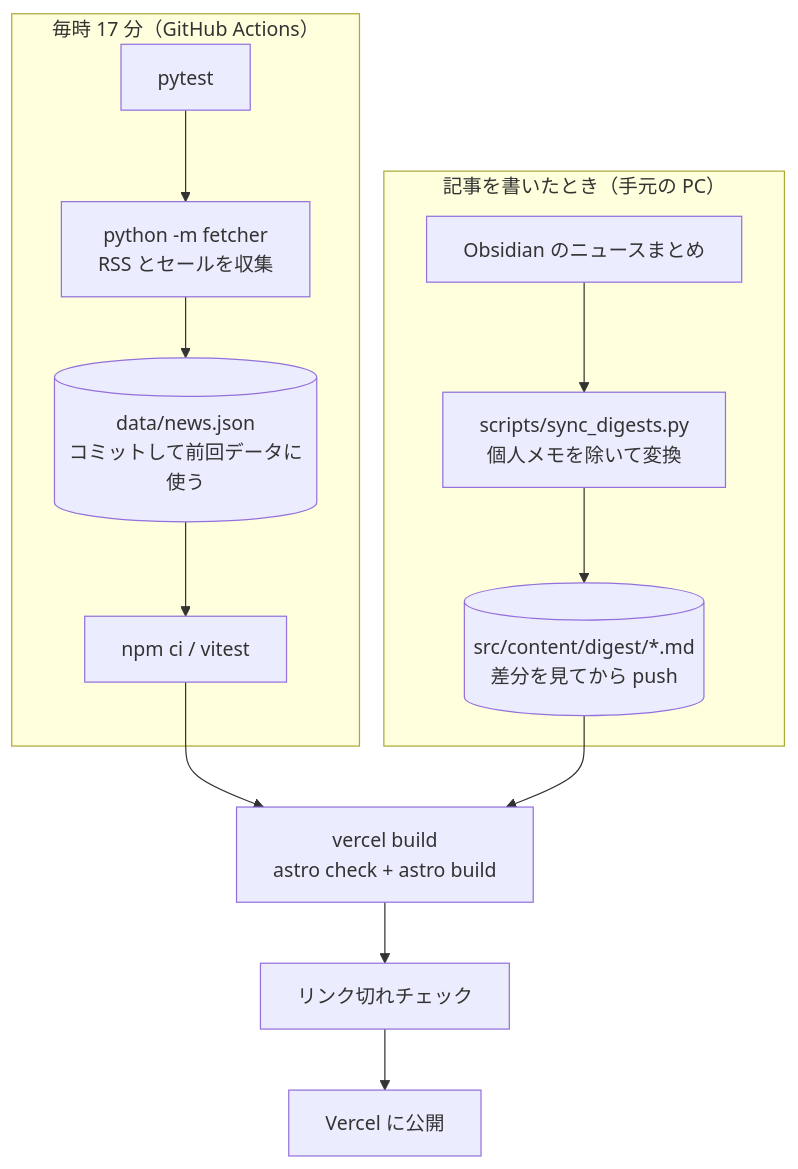
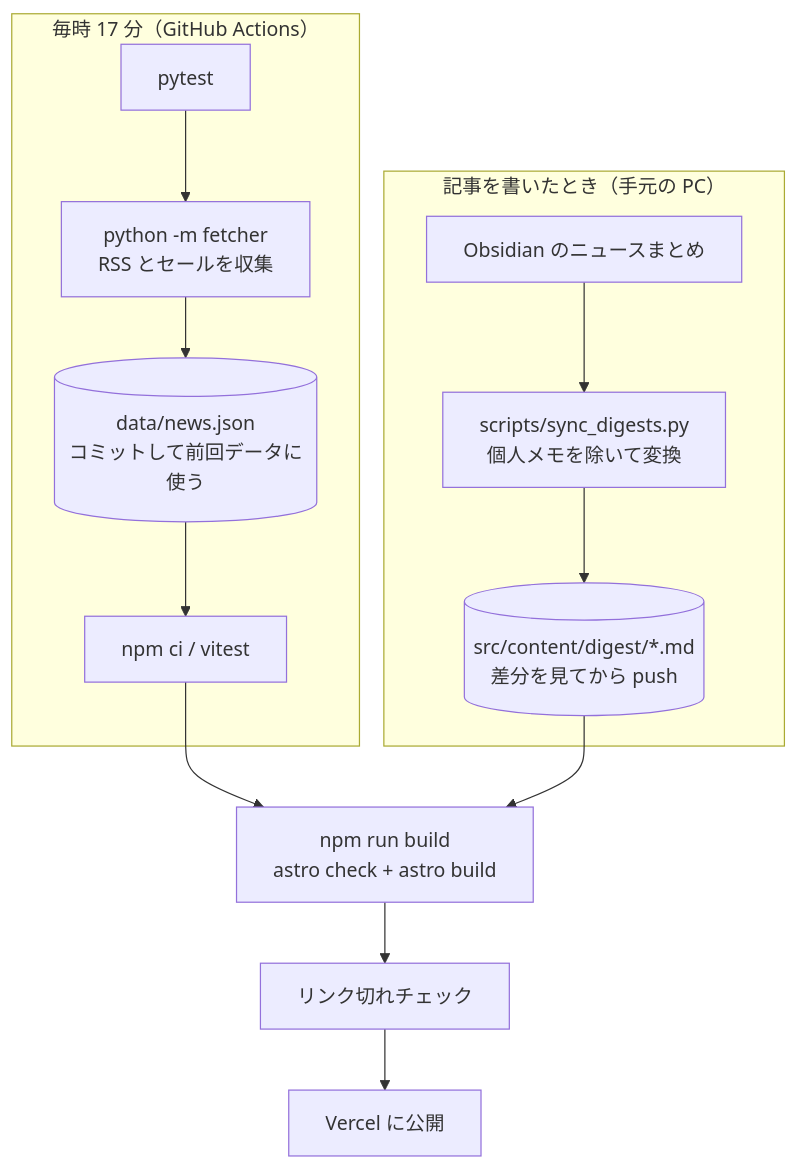
The diagram in README.md (FSq1v/Game-News), drawn with Mermaid before and after one commit. The commit also changed other lines of this file and 1 other file, not shown here.

Commit message:
ci: vercel build をやめ、ビルド済みの dist を Build Output API の形で上げる
Vercel CLI 65 の vercel build が直下の requirements.txt を見て uv で
Python の依存を入れようとし、uv がなくて落ちていた。

````diff
--- a/README.md
+++ b/README.md
@@ -18,16 +18,16 @@
 ```mermaid
 flowchart TD
     subgraph auto["毎時 17 分（GitHub Actions）"]
         A["pytest"] --> B["python -m fetcher<br>RSS とセールを収集"]
         B --> C[("data/news.json<br>コミットして前回データに使う")]
         C --> V["npm ci / vitest"]
     end
     subgraph hand["記事を書いたとき（手元の PC）"]
         D["Obsidian のニュースまとめ"] --> E["scripts/sync_digests.py<br>個人メモを除いて変換"]
         E --> F[("src/content/digest/*.md<br>差分を見てから push")]
     end
-    V --> G["vercel build<br>astro check + astro build"]
+    V --> G["npm run build<br>astro check + astro build"]
     F --> G
     G --> H["リンク切れチェック"]
     H --> I["Vercel に公開"]
 ```
````
